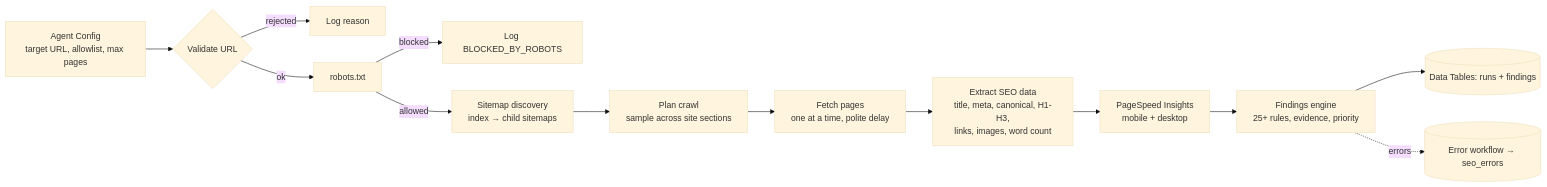
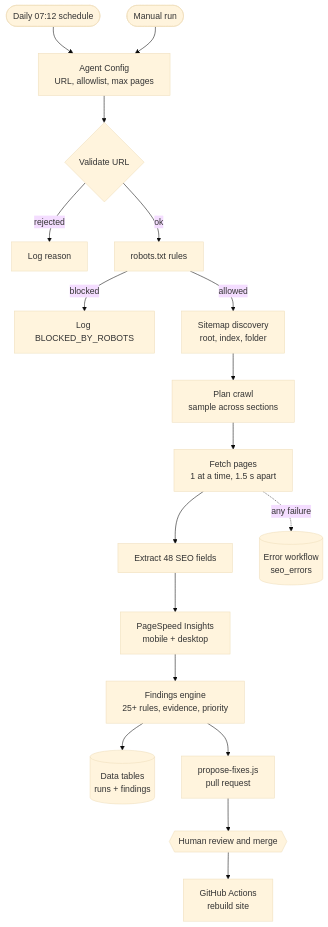
Before and after one commit to sakter2618-maker/n8n-seo-growth-agent: the diagram in README.md, drawn with Mermaid (base theme). The commit also changed other lines of this file and 1 other file, not shown here.

Commit message:
README: full architecture diagram and live store audit result

````diff
--- a/README.md
+++ b/README.md
@@ -18,15 +18,20 @@
 ```mermaid
-flowchart LR
-  A[Agent Config<br/>target URL, allowlist, max pages] --> B{Validate URL}
+flowchart TD
+  T1([Daily 07:12 schedule]) --> A
+  T2([Manual run]) --> A
+  A[Agent Config<br/>URL, allowlist, max pages] --> B{Validate URL}
   B -- rejected --> X[Log reason]
-  B -- ok --> C[robots.txt]
+  B -- ok --> C[robots.txt rules]
   C -- blocked --> Y[Log BLOCKED_BY_ROBOTS]
-  C -- allowed --> D[Sitemap discovery<br/>index → child sitemaps]
-  D --> E[Plan crawl<br/>sample across site sections]
-  E --> F[Fetch pages<br/>one at a time, polite delay]
-  F --> G[Extract SEO data<br/>title, meta, canonical, H1-H3,<br/>links, images, word count]
+  C -- allowed --> D[Sitemap discovery<br/>root, index, folder]
+  D --> E[Plan crawl<br/>sample across sections]
+  E --> F[Fetch pages<br/>1 at a time, 1.5 s apart]
+  F --> G[Extract 48 SEO fields]
   G --> H[PageSpeed Insights<br/>mobile + desktop]
   H --> I[Findings engine<br/>25+ rules, evidence, priority]
-  I --> J[(Data Tables: runs + findings)]
-  I -. errors .-> K[(Error workflow → seo_errors)]
+  I --> J[(Data tables<br/>runs + findings)]
+  I --> K[propose-fixes.js<br/>pull request]
+  K --> L{{Human review and merge}}
+  L --> M[GitHub Actions<br/>rebuild site]
+  F -. any failure .-> Z[(Error workflow<br/>seo_errors)]
 ```
````
